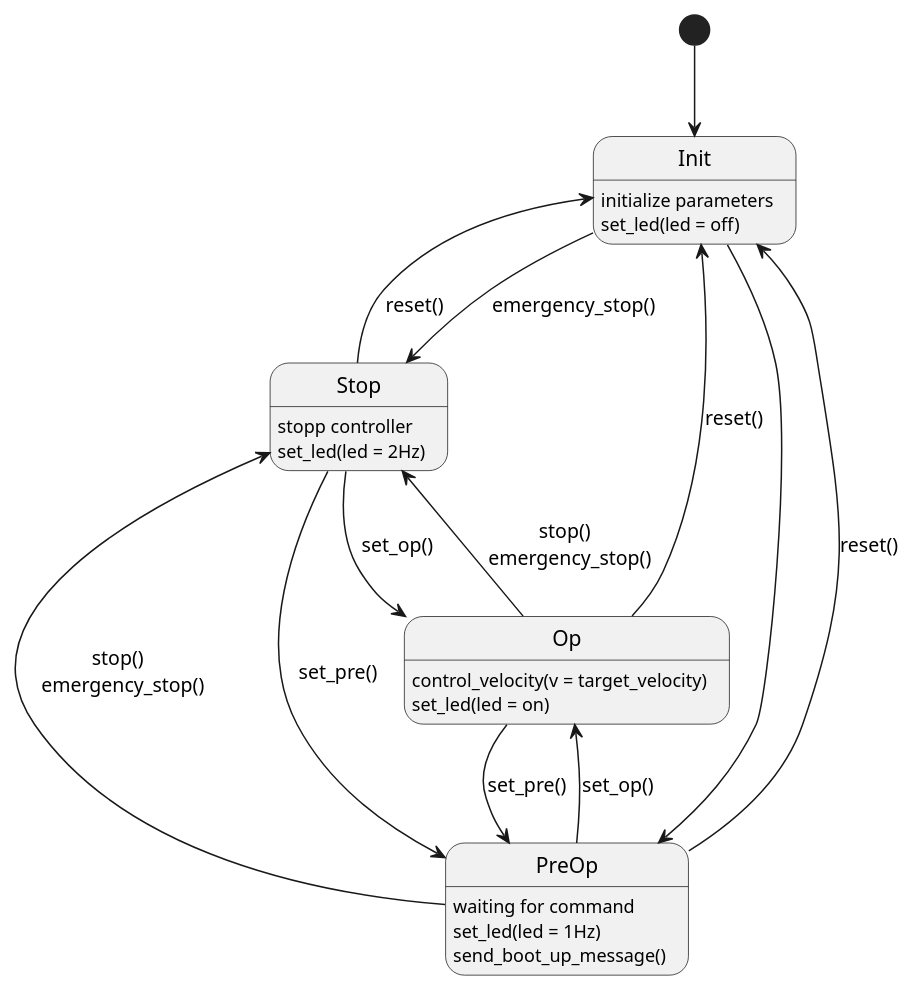
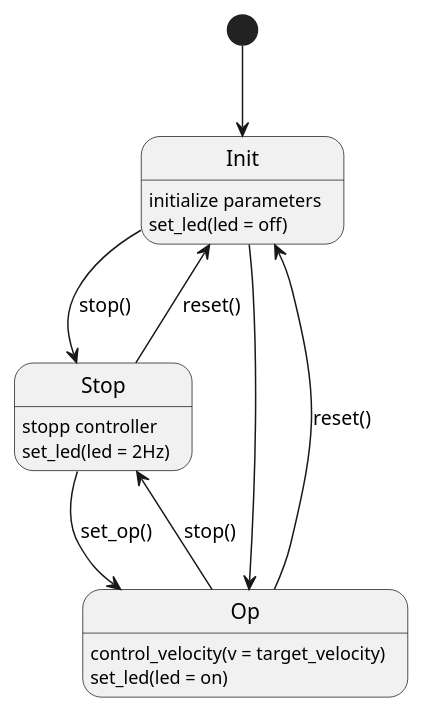
Before and after one commit to UniRoi/Speed_controller_P2: the diagram in docs/diagrams/speed_controller_2.puml, drawn with PlantUML. The commit also changed 2 other files, not shown here.

```diff
--- a/docs/diagrams/speed_controller_2.puml
+++ b/docs/diagrams/speed_controller_2.puml
@@ -1,30 +1,21 @@
 @startuml
 
 [*] --> Init
 Init : initialize parameters
 Stop: stopp controller
-PreOp : waiting for command
 Op : control_velocity(v = target_velocity)
 
 Init : set_led(led = off)
 Stop: set_led(led = 2Hz) 
-PreOp : set_led(led = 1Hz) 
 Op : set_led(led = on)
 
-PreOp : send_boot_up_message()
-
-Init --> PreOp
-Init --> Stop : emergency_stop()
-PreOp --> Op : set_op()
-PreOp --> Stop : stop() \n emergency_stop()
-PreOp --> Init : reset()
+Init --> Op
+Init --> Stop : stop()
 
 Op --> Init : reset()
-Op --> Stop : stop() \n emergency_stop()
-Op --> PreOp : set_pre()
+Op --> Stop : stop()
 
 Stop --> Op : set_op()
-Stop --> PreOp : set_pre()
 Stop --> Init : reset()
 
 @enduml
```
